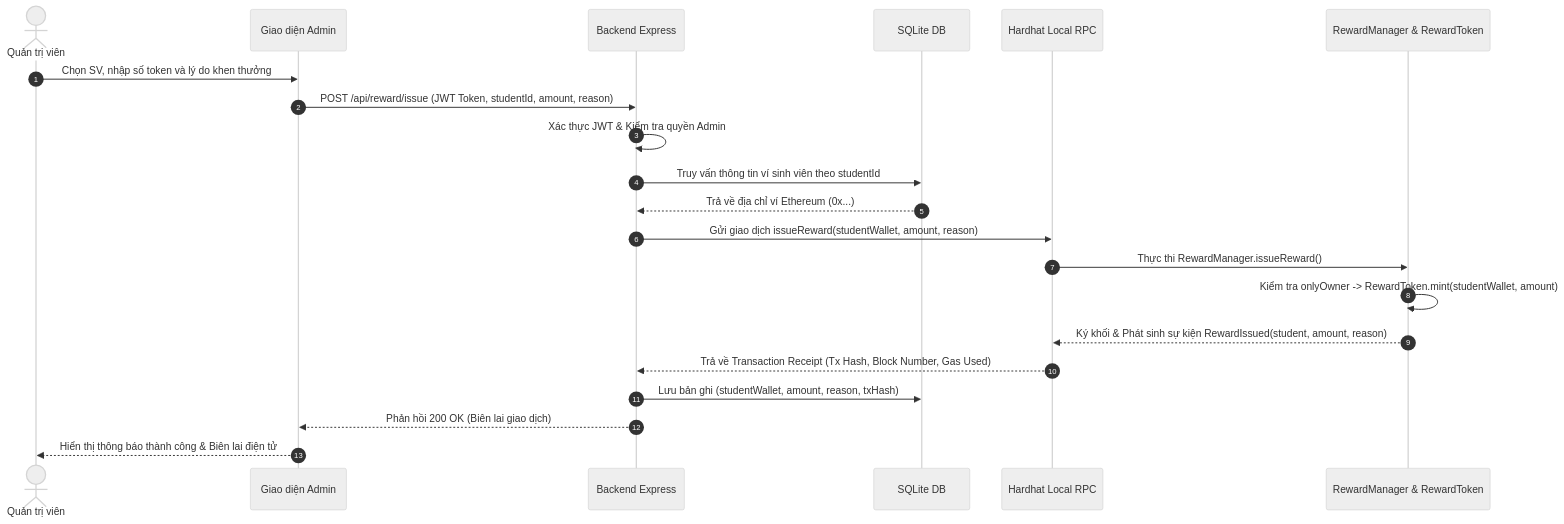
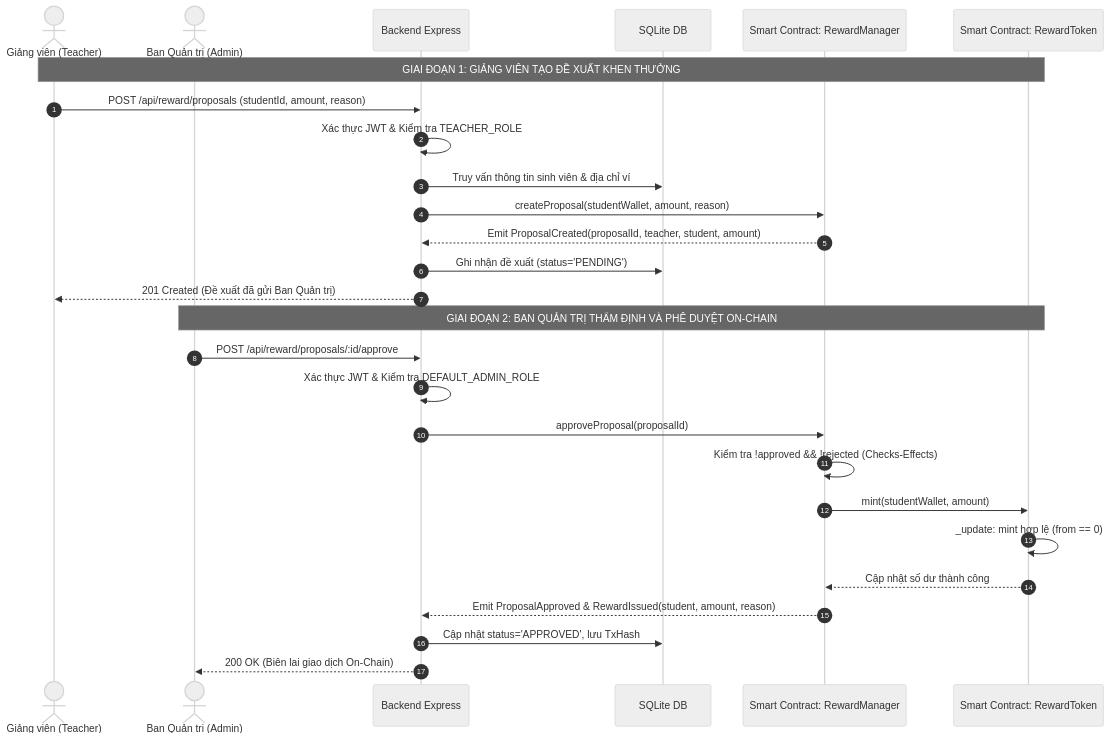
Before and after one commit to phamhoa205/ictu-blockchain: the third of 3 diagrams in docs/BAO_CAO_NGHIEN_CUU_KHOA_HOC_ICTU.md, drawn with Mermaid (neutral theme). The commit also changed other lines of this file and 34 other files, not shown here.

Commit message:
feat: complete ICTU Blockchain Reward System with multi-role portal and Vercel configuration

````diff
--- a/docs/BAO_CAO_NGHIEN_CUU_KHOA_HOC_ICTU.md
+++ b/docs/BAO_CAO_NGHIEN_CUU_KHOA_HOC_ICTU.md
@@ -127,24 +164,31 @@
 ```mermaid
 sequenceDiagram
     autonumber
-    actor Admin as Quản trị viên
-    participant UI as Giao diện Admin
-    participant Backend as Backend Express
+    actor T as Giảng viên (Teacher)
+    actor A as Ban Quản trị (Admin)
+    participant B as Backend Express
     participant DB as SQLite DB
-    participant Node as Hardhat Local RPC
-    participant SC as RewardManager & RewardToken
+    participant RM as Smart Contract: RewardManager
+    participant RT as Smart Contract: RewardToken
 
-    Admin->>UI: Chọn SV, nhập số token và lý do khen thưởng
-    UI->>Backend: POST /api/reward/issue (JWT Token, studentId, amount, reason)
-    Backend->>Backend: Xác thực JWT & Kiểm tra quyền Admin
-    Backend->>DB: Truy vấn thông tin ví sinh viên theo studentId
-    DB-->>Backend: Trả về địa chỉ ví Ethereum (0x...)
-    Backend->>Node: Gửi giao dịch issueReward(studentWallet, amount, reason)
-    Node->>SC: Thực thi RewardManager.issueReward()
-    SC->>SC: Kiểm tra onlyOwner -> RewardToken.mint(studentWallet, amount)
-    SC-->>Node: Ký khối & Phát sinh sự kiện RewardIssued(student, amount, reason)
-    Node-->>Backend: Trả về Transaction Receipt (Tx Hash, Block Number, Gas Used)
-    Backend->>DB: Lưu bản ghi (studentWallet, amount, reason, txHash)
-    Backend-->>UI: Phản hồi 200 OK (Biên lai giao dịch)
-    UI-->>Admin: Hiển thị thông báo thành công & Biên lai điện tử
+    Note over T,RT: GIAI ĐOẠN 1: GIẢNG VIÊN TẠO ĐỀ XUẤT KHEN THƯỞNG
+    T->>B: POST /api/reward/proposals (studentId, amount, reason)
+    B->>B: Xác thực JWT & Kiểm tra TEACHER_ROLE
+    B->>DB: Truy vấn thông tin sinh viên & địa chỉ ví
+    B->>RM: createProposal(studentWallet, amount, reason)
+    RM-->>B: Emit ProposalCreated(proposalId, teacher, student, amount)
+    B->>DB: Ghi nhận đề xuất (status='PENDING')
+    B-->>T: 201 Created (Đề xuất đã gửi Ban Quản trị)
+
+    Note over A,RT: GIAI ĐOẠN 2: BAN QUẢN TRỊ THẨM ĐỊNH VÀ PHÊ DUYỆT ON-CHAIN
+    A->>B: POST /api/reward/proposals/:id/approve
+    B->>B: Xác thực JWT & Kiểm tra DEFAULT_ADMIN_ROLE
+    B->>RM: approveProposal(proposalId)
+    RM->>RM: Kiểm tra !approved && !rejected (Checks-Effects)
+    RM->>RT: mint(studentWallet, amount)
+    RT->>RT: _update: mint hợp lệ (from == 0)
+    RT-->>RM: Cập nhật số dư thành công
+    RM-->>B: Emit ProposalApproved & RewardIssued(student, amount, reason)
+    B->>DB: Cập nhật status='APPROVED', lưu TxHash
+    B-->>A: 200 OK (Biên lai giao dịch On-Chain)
 ```
````
